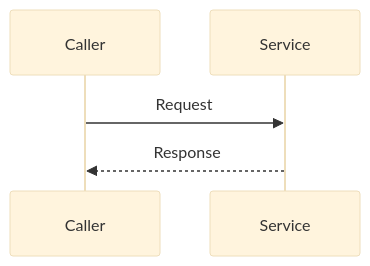
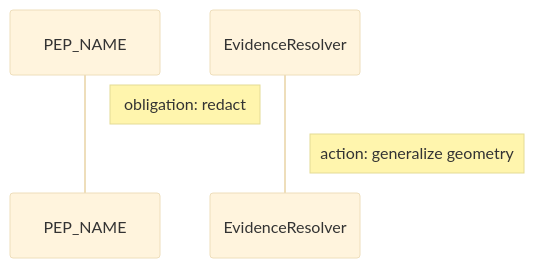
The second of 3 diagrams in docs/diagrams/templates/mermaid/sequence.template.md (bartytime4life/Kansas-Frontier-Matrix), drawn with Mermaid (base theme) before and after one commit. The commit also changed other lines of this file, not shown here.

First line of the commit message:
Add Mermaid sequence diagram template with guidelines

````diff
--- a/docs/diagrams/templates/mermaid/sequence.template.md
+++ b/docs/diagrams/templates/mermaid/sequence.template.md
@@ -1,7 +120,7 @@
 ```mermaid
 sequenceDiagram
-  participant A as Caller
-  participant B as Service
-  A->>B: Request
-  B-->>A: Response
+  participant PEP as PEP_NAME
+  participant Evidence as EvidenceResolver
+  Note right of PEP: obligation: redact
+  Note right of Evidence: action: generalize geometry
 ```
````
